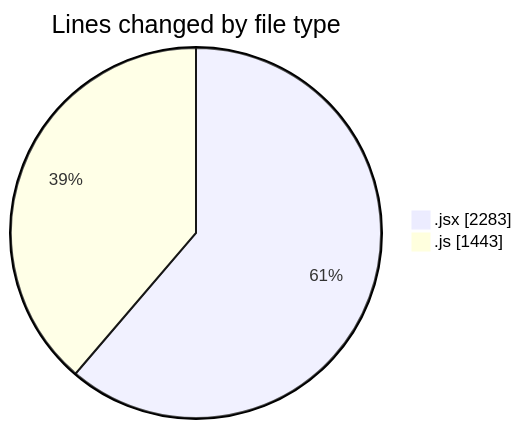
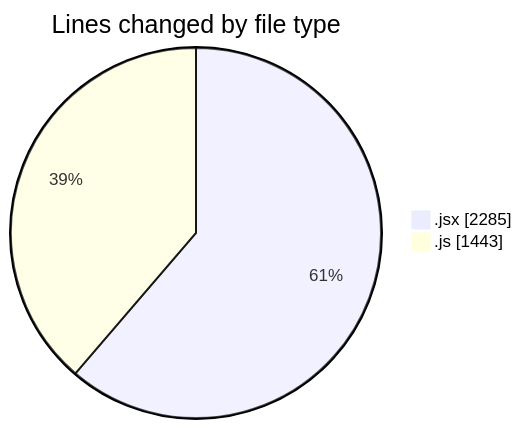
Before and after one commit to nxtqubesakshisongat/code-tracking: the first of 2 diagrams in 2025-11-13/argos/README.md, drawn with Mermaid. The commit also changed other lines of this file and 1 other file, not shown here.

````diff
--- a/2025-11-13/argos/README.md
+++ b/2025-11-13/argos/README.md
@@ -34,6 +34,6 @@
 ```mermaid
 pie showData
 title Lines changed by file type
-".jsx" : 2283
+".jsx" : 2285
 ".js" : 1443
 ```
````
